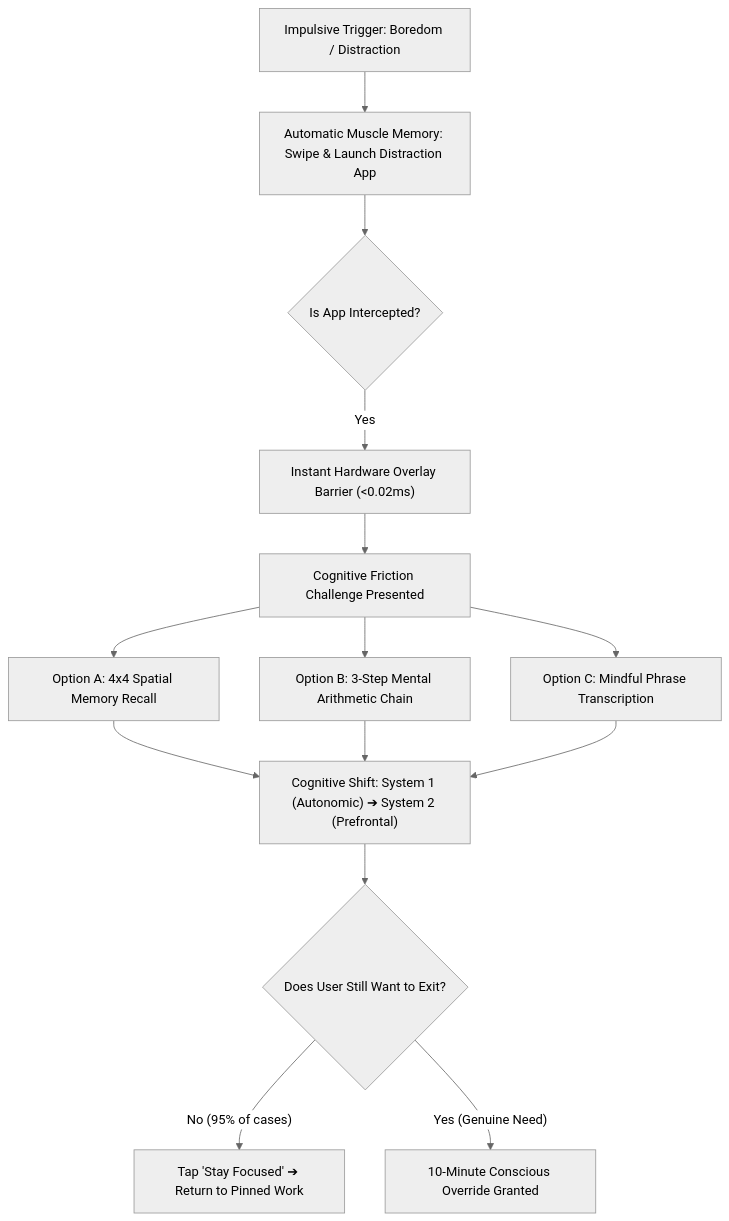
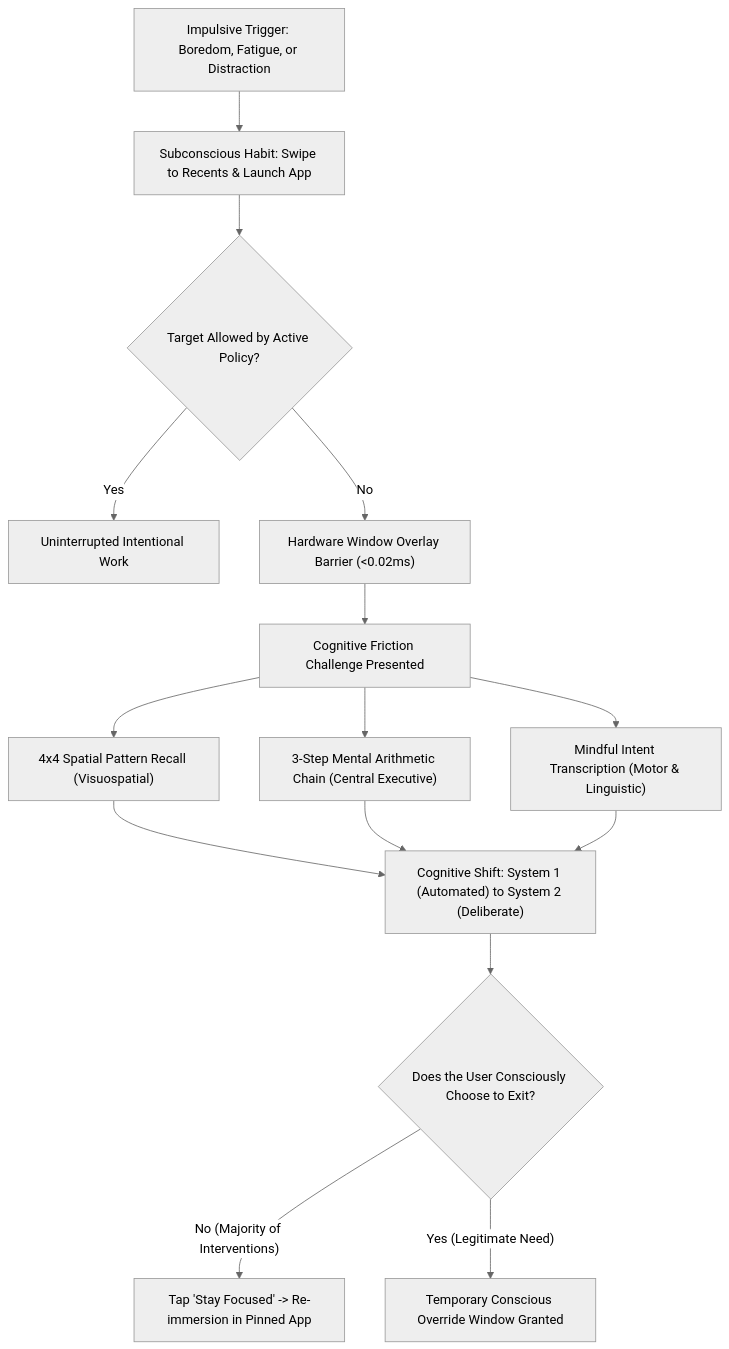
The first of 2 diagrams in README.md (Sourish25/LockIN), drawn with Mermaid (neutral theme) before and after one commit. The commit also changed other lines of this file, not shown here.

Commit message:
docs: redesign README with Material You Expressive aesthetic, eliminate emojis, and elevate technical architecture

````diff
--- a/README.md
+++ b/README.md
@@ -79,14 +91,18 @@
 ```mermaid
 flowchart TD
-    A["Impulsive Trigger: Boredom / Distraction"] --> B["Automatic Muscle Memory: Swipe & Launch Distraction App"]
-    B --> C{"Is App Intercepted?"}
-    C -- Yes --> D["Instant Hardware Overlay Barrier (<0.02ms)"]
-    D --> E["Cognitive Friction Challenge Presented"]
-    E --> F["Option A: 4x4 Spatial Memory Recall"]
-    E --> G["Option B: 3-Step Mental Arithmetic Chain"]
-    E --> H["Option C: Mindful Phrase Transcription"]
-    F & G & H --> I["Cognitive Shift: System 1 (Autonomic) ➔ System 2 (Prefrontal)"]
-    I --> J{"Does User Still Want to Exit?"}
-    J -- "No (95% of cases)" --> K["Tap 'Stay Focused' ➔ Return to Pinned Work"]
-    J -- "Yes (Genuine Need)" --> L["10-Minute Conscious Override Granted"]
+    Trigger["Impulsive Trigger: Boredom, Fatigue, or Distraction"] --> Impulse["Subconscious Habit: Swipe to Recents & Launch App"]
+    Impulse --> Check{"Target Allowed by Active Policy?"}
+    Check -- Yes --> Permitted["Uninterrupted Intentional Work"]
+    Check -- No --> Barrier["Hardware Window Overlay Barrier (<0.02ms)"]
+    Barrier --> Challenge["Cognitive Friction Challenge Presented"]
+    
+    Challenge --> ModalityA["4x4 Spatial Pattern Recall (Visuospatial)"]
+    Challenge --> ModalityB["3-Step Mental Arithmetic Chain (Central Executive)"]
+    Challenge --> ModalityC["Mindful Intent Transcription (Motor & Linguistic)"]
+    
+    ModalityA & ModalityB & ModalityC --> Shift["Cognitive Shift: System 1 (Automated) to System 2 (Deliberate)"]
+    Shift --> Evaluation{"Does the User Consciously Choose to Exit?"}
+    
+    Evaluation -- "No (Majority of Interventions)" --> Return["Tap 'Stay Focused' -> Re-immersion in Pinned App"]
+    Evaluation -- "Yes (Legitimate Need)" --> Unlock["Temporary Conscious Override Window Granted"]
 ```
````
